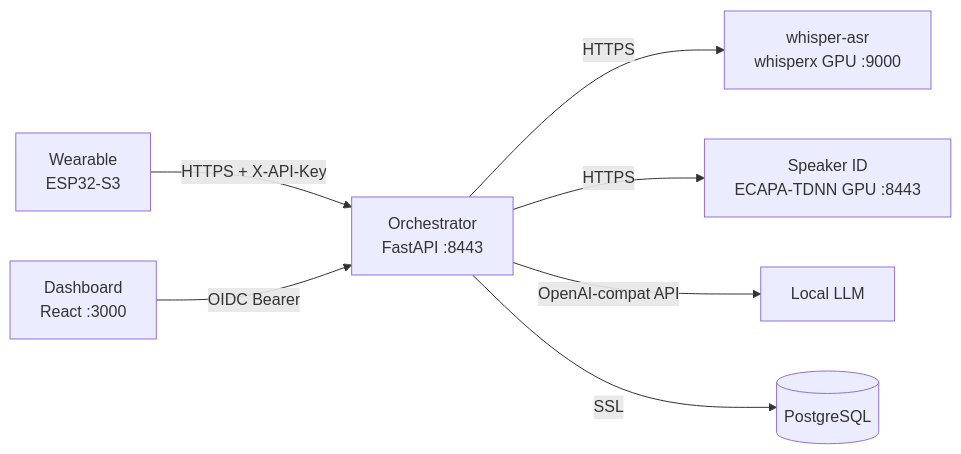
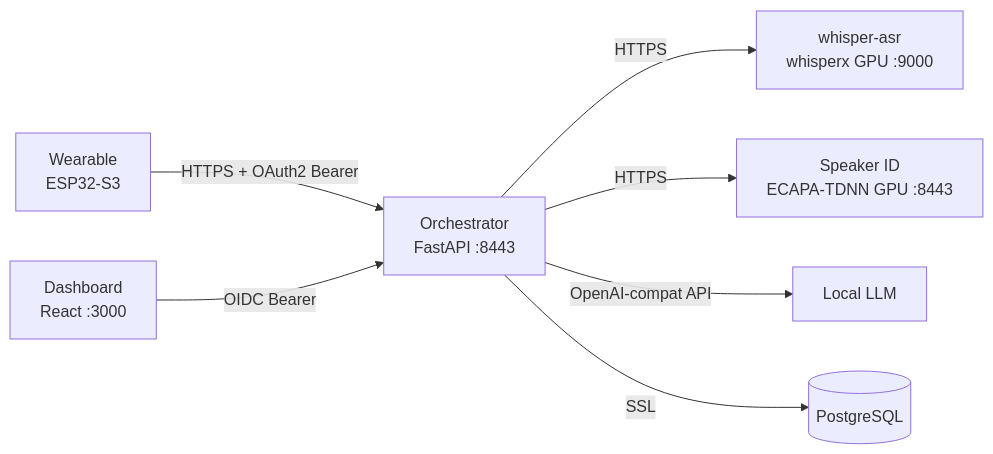
The diagram in AGENTS.md (dlgreenwald/lifelog), drawn with Mermaid before and after one commit. The commit also changed other lines of this file and 2 other files, not shown here.

First line of the commit message:
docs: update AGENTS.md and ARCHITECTURE.md for firmware audit changes

````diff
--- a/AGENTS.md
+++ b/AGENTS.md
@@ -17,9 +17,9 @@
 ```mermaid
 graph LR
-    ESP32[Wearable<br/>ESP32-S3] -->|HTTPS + X-API-Key| ORCH[Orchestrator<br/>FastAPI :8443]
+    ESP32[Wearable<br/>ESP32-S3] -->|HTTPS + OAuth2 Bearer| ORCH[Orchestrator<br/>FastAPI :8443]
     ORCH -->|HTTPS| WHISPER[whisper-asr<br/>whisperx GPU :9000]
     ORCH -->|HTTPS| SPK[Speaker ID<br/>ECAPA-TDNN GPU :8443]
     ORCH -->|OpenAI-compat API| LLM[Local LLM]
     ORCH -->|SSL| PG[(PostgreSQL)]
     DASH[Dashboard<br/>React :3000] -->|OIDC Bearer| ORCH
 ```
````
